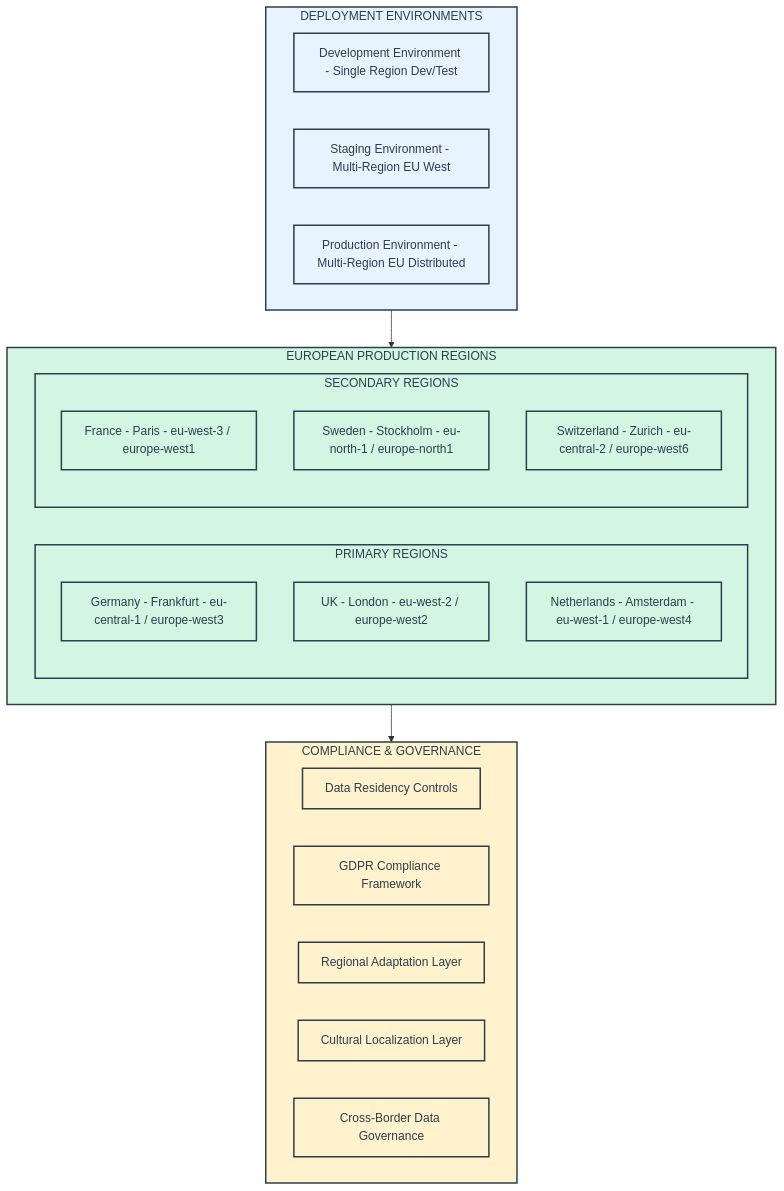
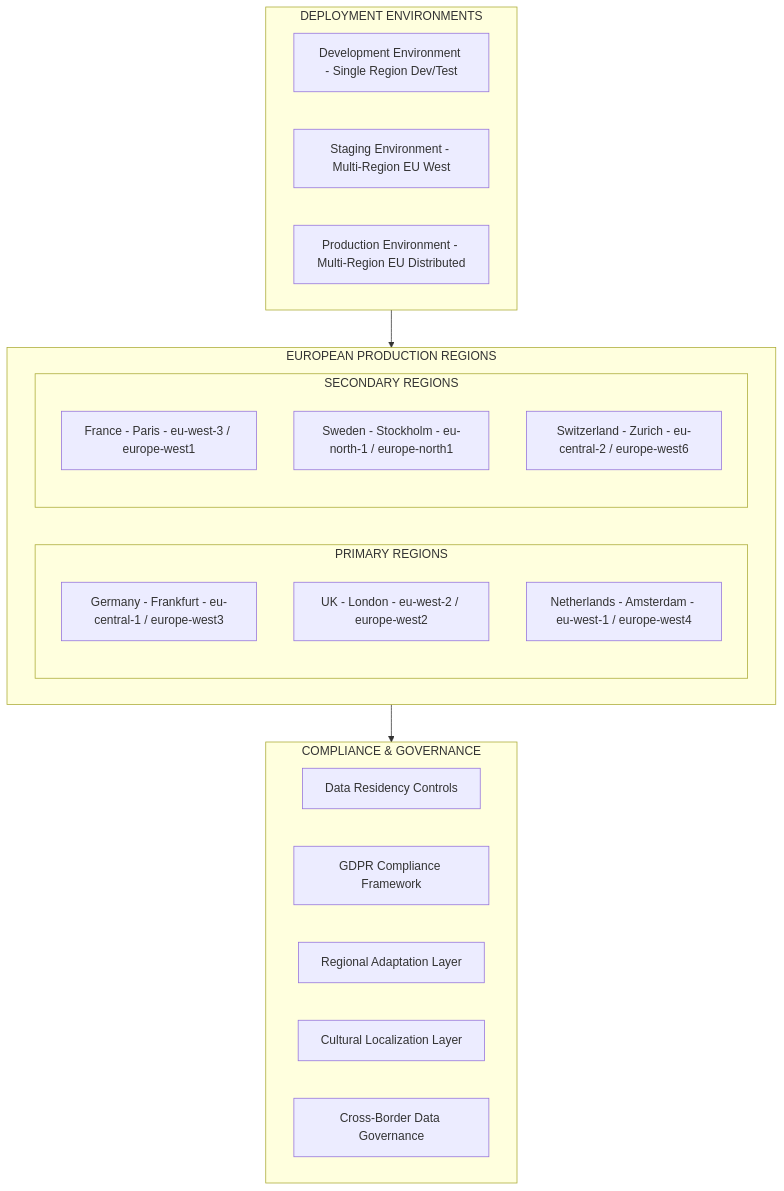
One commit to ME-ai-agents/docs_prod changed the ninth of 12 diagrams in ME.AI - TDD Year 1 v16.md. Above: the diagram before and after it, drawn with Mermaid. The commit also changed other lines of this file, not shown here.

````diff
--- a/ME.AI - TDD Year 1 v16.md
+++ b/ME.AI - TDD Year 1 v16.md
@@ -827,41 +734,33 @@
 ```mermaid
 flowchart TD
     subgraph Environments["DEPLOYMENT ENVIRONMENTS"]
         Development[Development Environment - Single Region Dev/Test]
         Staging[Staging Environment - Multi-Region EU West]
         Production[Production Environment - Multi-Region EU Distributed]
     end
     
     subgraph EuropeanRegions["EUROPEAN PRODUCTION REGIONS"]
         subgraph Primary["PRIMARY REGIONS"]
             Frankfurt[Germany - Frankfurt - eu-central-1 / europe-west3]
             London[UK - London - eu-west-2 / europe-west2]
             Amsterdam[Netherlands - Amsterdam - eu-west-1 / europe-west4]
         end
         
         subgraph Secondary["SECONDARY REGIONS"]
             Paris[France - Paris - eu-west-3 / europe-west1]
             Stockholm[Sweden - Stockholm - eu-north-1 / europe-north1]
             Zurich[Switzerland - Zurich - eu-central-2 / europe-west6]
         end
     end
     
     subgraph ComplianceAndGovernance["COMPLIANCE & GOVERNANCE"]
         DataResidencyControls[Data Residency Controls]
         GDPRComplianceFramework[GDPR Compliance Framework]
         RegionalAdaptationLayer[Regional Adaptation Layer]
         CulturalLocalizationLayer[Cultural Localization Layer]
         CrossBorderDataGovernance[Cross-Border Data Governance]
     end
     
     Environments --> EuropeanRegions
     EuropeanRegions --> ComplianceAndGovernance
-    
-    classDef environmentStyle fill:#E8F4FD,stroke:#2C3E50,stroke-width:2px,color:#2C3E50
-    classDef regionStyle fill:#D5F5E3,stroke:#2C3E50,stroke-width:2px,color:#2C3E50
-    classDef complianceStyle fill:#FFF2CC,stroke:#2C3E50,stroke-width:2px,color:#2C3E50
-    
-    class Environments,Development,Staging,Production environmentStyle
-    class EuropeanRegions,Primary,Secondary,Frankfurt,London,Amsterdam,Paris,Stockholm,Zurich regionStyle
-    class ComplianceAndGovernance,DataResidencyControls,GDPRComplianceFramework,RegionalAdaptationLayer,CulturalLocalizationLayer,CrossBorderDataGovernance complianceStyle
 ```
````
